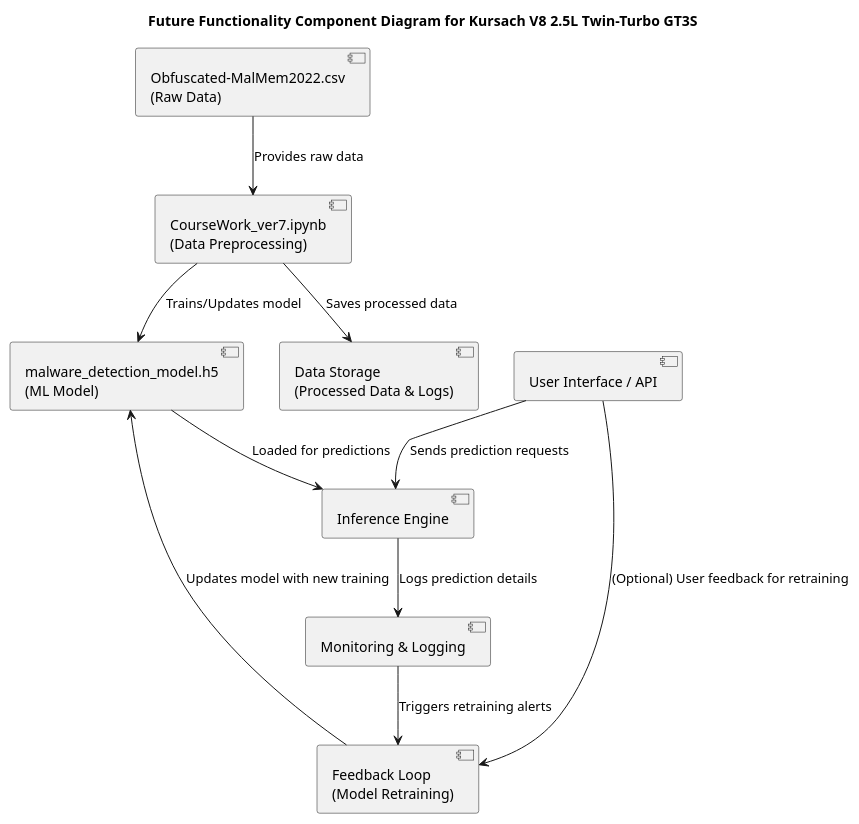
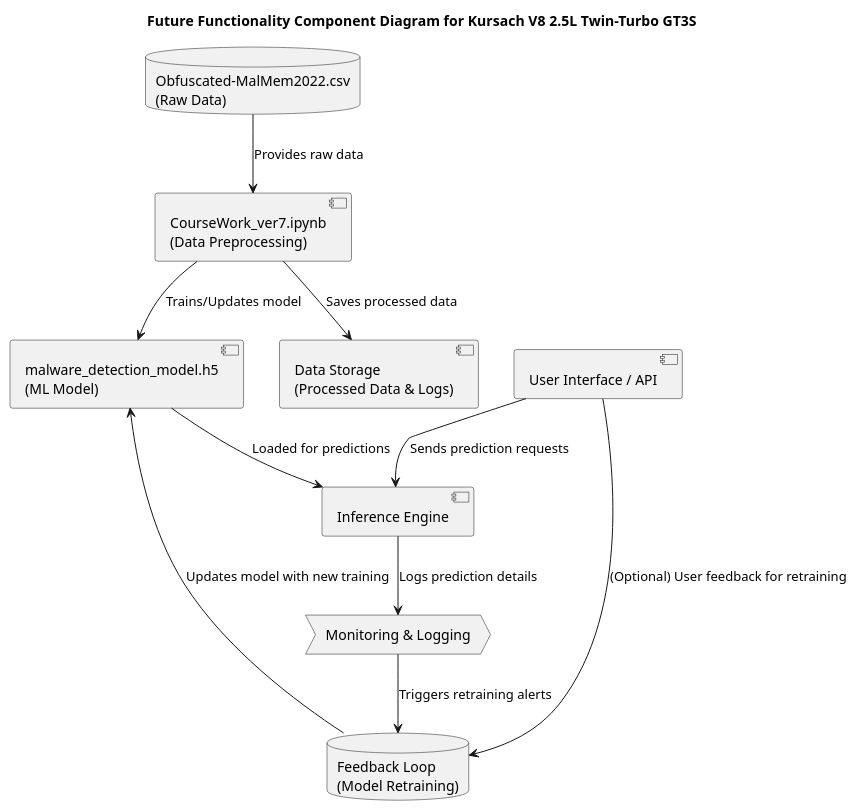
One commit to YunoSylph/PlantUML-things changed the diagram in LAB2/Component_Diagram.puml. Above: the diagram before and after it, drawn with PlantUML.

```diff
--- a/LAB2/Component_Diagram.puml
+++ b/LAB2/Component_Diagram.puml
@@ -1,27 +2,25 @@
 @startuml
 title Future Functionality Component Diagram for Kursach V8 2.5L Twin-Turbo GT3S
 
 ' Existing Components
-component "Obfuscated-MalMem2022.csv\n(Raw Data)" as CSV
+database "Obfuscated-MalMem2022.csv\n(Raw Data)" as CSV
 component "CourseWork_ver7.ipynb\n(Data Preprocessing)" as Notebook
 component "malware_detection_model.h5\n(ML Model)" as Model
 component "Inference Engine" as Inference
 component "User Interface / API" as UI
-
-' New Future Components
 component "Data Storage\n(Processed Data & Logs)" as Storage
-component "Feedback Loop\n(Model Retraining)" as Feedback
-component "Monitoring & Logging" as Monitor
+database "Feedback Loop\n(Model Retraining)" as Feedback
+process "Monitoring & Logging" as Monitor
 
 ' Data Flow Connections
 CSV --> Notebook : Provides raw data
 Notebook --> Storage : Saves processed data
 Notebook --> Model : Trains/Updates model
 Model --> Inference : Loaded for predictions
 UI --> Inference : Sends prediction requests
 Inference --> Monitor : Logs prediction details
 Monitor --> Feedback : Triggers retraining alerts
 Feedback --> Model : Updates model with new training
 UI --> Feedback : (Optional) User feedback for retraining
 
 @enduml
```
